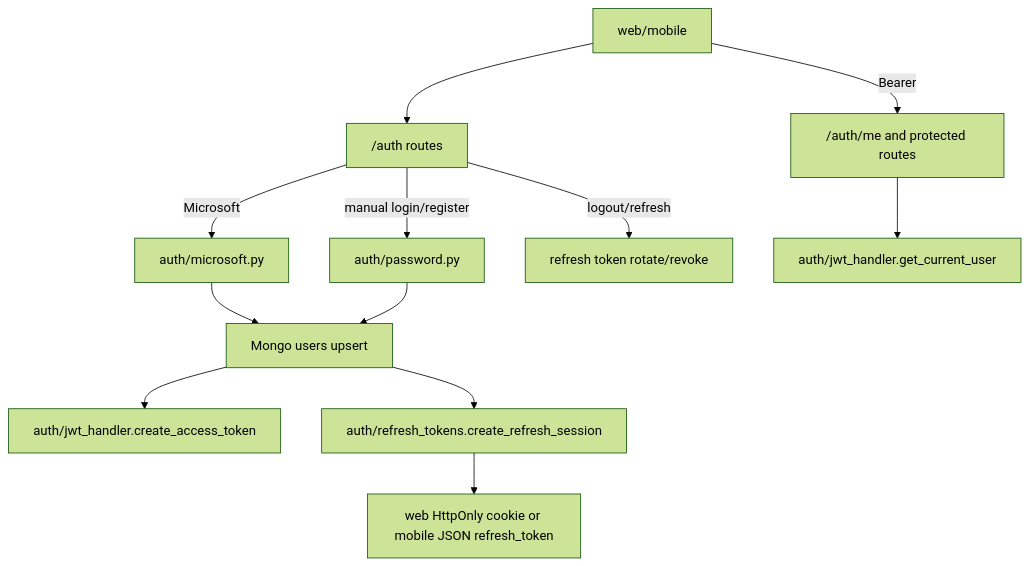
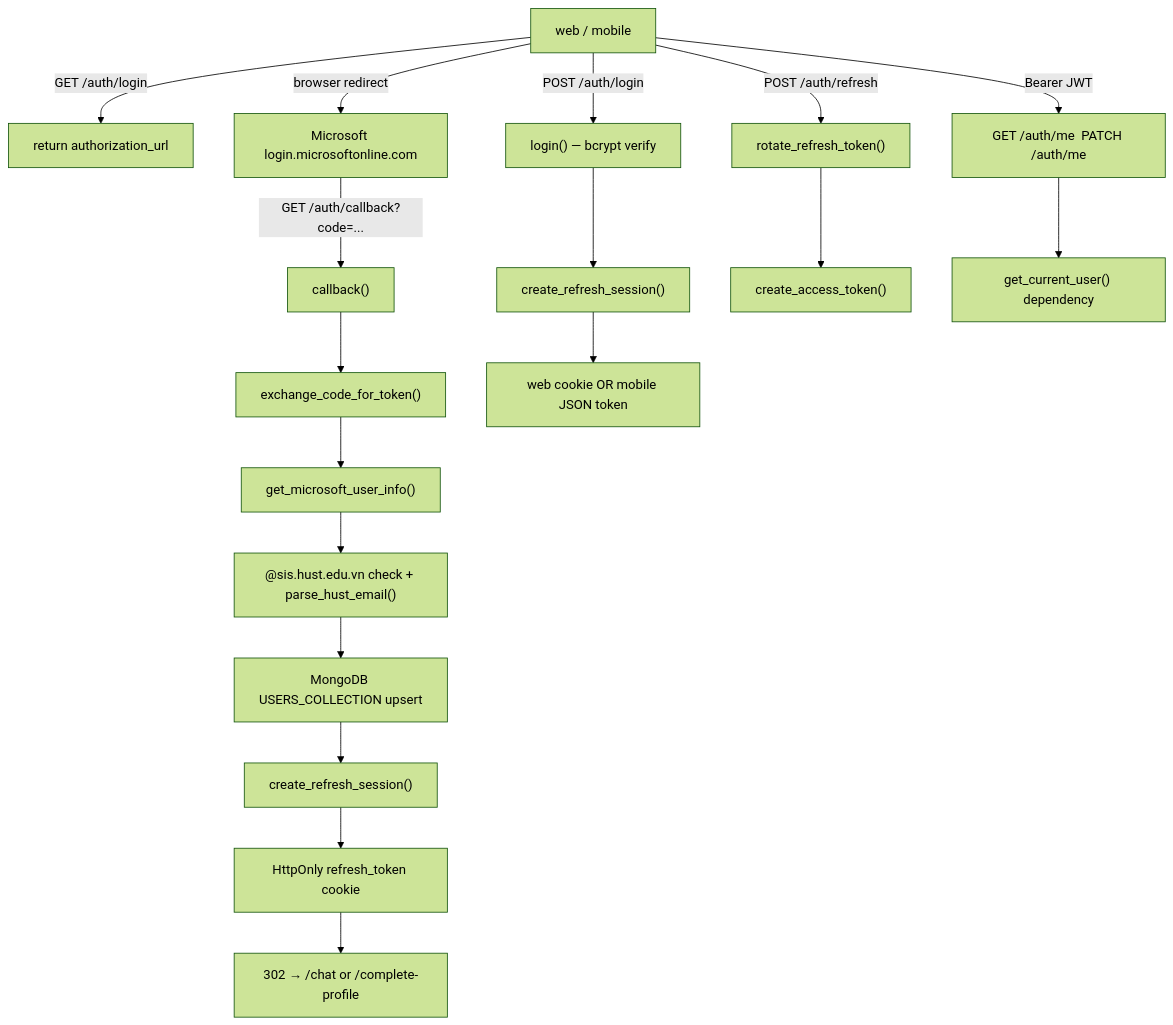
The diagram in src/RAG_v2/routers/MODULE.md (hoainam183/GR), drawn with Mermaid (forest theme) before and after one commit. The commit also changed other lines of this file and 38 other files, not shown here.

````diff
--- a/src/RAG_v2/routers/MODULE.md
+++ b/src/RAG_v2/routers/MODULE.md
@@ -51,14 +218,23 @@
 ```mermaid
 flowchart TD
-  Client["web/mobile"] --> Router["/auth routes"]
-  Router -->|Microsoft| OAuth["auth/microsoft.py"]
-  OAuth --> Upsert["Mongo users upsert"]
-  Router -->|manual login/register| Password["auth/password.py"]
-  Password --> Upsert
-  Upsert --> Access["auth/jwt_handler.create_access_token"]
-  Upsert --> Refresh["auth/refresh_tokens.create_refresh_session"]
-  Refresh --> CookieOrJSON["web HttpOnly cookie or mobile JSON refresh_token"]
-  Client -->|Bearer| Me["/auth/me and protected routes"]
-  Me --> CurrentUser["auth/jwt_handler.get_current_user"]
-  Router -->|logout/refresh| Rotate["refresh token rotate/revoke"]
+    Client["web / mobile"] -->|GET /auth/login| OAuthURL["return authorization_url"]
+    Client -->|browser redirect| MS["Microsoft login.microsoftonline.com"]
+    MS -->|GET /auth/callback?code=...| Callback["callback()"]
+    Callback --> Exchange["exchange_code_for_token()"]
+    Exchange --> GraphAPI["get_microsoft_user_info()"]
+    GraphAPI --> Validate["@sis.hust.edu.vn check + parse_hust_email()"]
+    Validate --> Upsert["MongoDB USERS_COLLECTION upsert"]
+    Upsert --> CreateRefresh["create_refresh_session()"]
+    CreateRefresh --> Cookie["HttpOnly refresh_token cookie"]
+    Cookie --> Redirect["302 → /chat or /complete-profile"]
+
+    Client -->|POST /auth/login| ManualLogin["login() — bcrypt verify"]
+    ManualLogin --> CreateRefresh2["create_refresh_session()"]
+    CreateRefresh2 --> CookieOrJSON["web cookie OR mobile JSON token"]
+
+    Client -->|POST /auth/refresh| Rotate["rotate_refresh_token()"]
+    Rotate --> NewJWT["create_access_token()"]
+
+    Client -->|Bearer JWT| Protected["GET /auth/me  PATCH /auth/me"]
+    Protected --> GetCurrentUser["get_current_user() dependency"]
 ```
````
